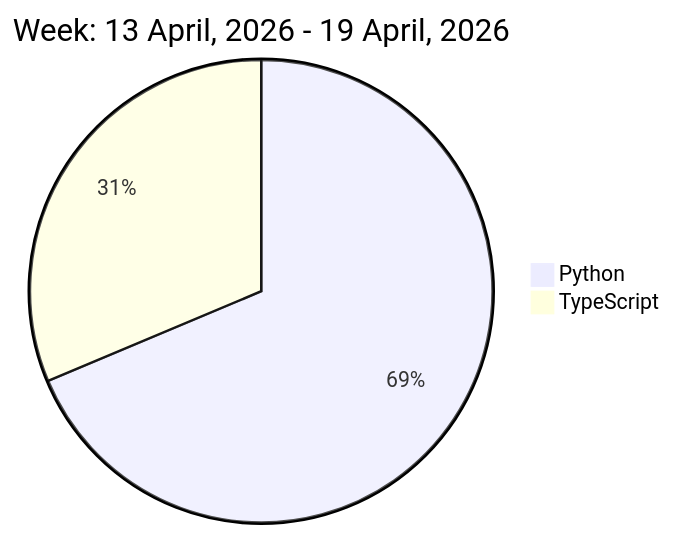
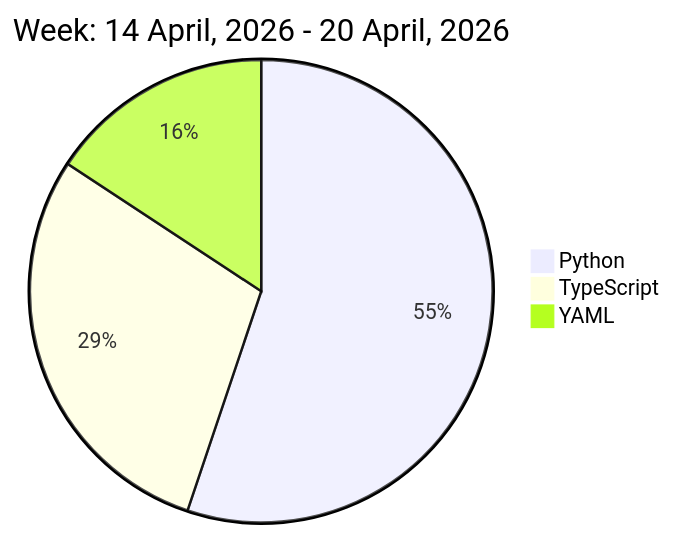
The diagram in README.md (liubin95/liubin95), drawn with Mermaid before and after one commit.

Commit message:
Updated the Graph with new Metrics

````diff
--- a/README.md
+++ b/README.md
@@ -32,6 +32,7 @@
 ```mermaid
  pie
-title Week: 13 April, 2026 - 19 April, 2026
- "Python" : 9.03
- "TypeScript" : 4.12
+title Week: 14 April, 2026 - 20 April, 2026
+ "Python" : 7.43
+ "TypeScript" : 3.92
+ "YAML" : 2.12
 ```
````
